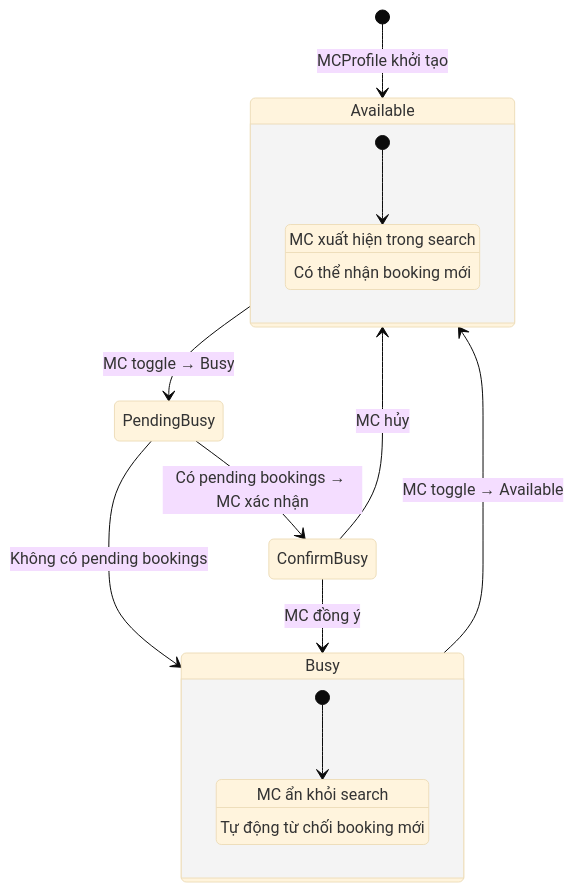
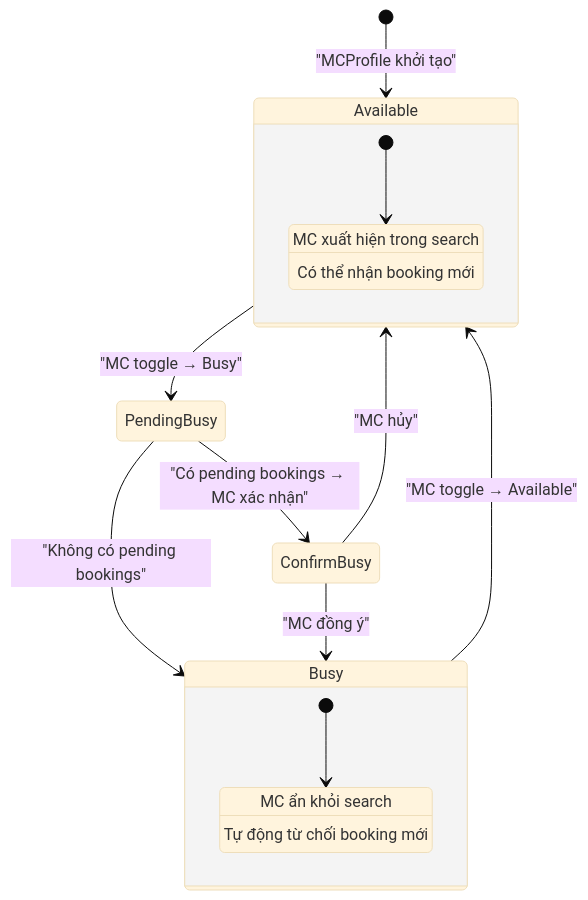
Diagram 23 of 51 in UC_Diagrams.md (dat-21/SWD392), drawn with Mermaid (base theme) before and after one commit. The commit also changed other lines of this file and 2 other files, not shown here.

Commit message:
style: Standardize Mermaid state diagram transition label formatting by adding quotes and a space before the colon.

````diff
--- a/UC_Diagrams.md
+++ b/UC_Diagrams.md
@@ -857,21 +857,21 @@
 ```mermaid
 stateDiagram-v2
-    [*] --> Available: MCProfile khởi tạo
-    Available --> PendingBusy: MC toggle → Busy
-    PendingBusy --> ConfirmBusy: Có pending bookings → MC xác nhận
-    PendingBusy --> Busy: Không có pending bookings
-    ConfirmBusy --> Busy: MC đồng ý
-    ConfirmBusy --> Available: MC hủy
-    Busy --> Available: MC toggle → Available
+    [*] --> Available : "MCProfile khởi tạo"
+    Available --> PendingBusy : "MC toggle → Busy"
+    PendingBusy --> ConfirmBusy : "Có pending bookings → MC xác nhận"
+    PendingBusy --> Busy : "Không có pending bookings"
+    ConfirmBusy --> Busy : "MC đồng ý"
+    ConfirmBusy --> Available : "MC hủy"
+    Busy --> Available : "MC toggle → Available"
 
     state Available {
         [*] --> VisibleInSearch
         VisibleInSearch: MC xuất hiện trong search
         VisibleInSearch: Có thể nhận booking mới
     }
     state Busy {
         [*] --> HiddenFromSearch
         HiddenFromSearch: MC ẩn khỏi search 
         HiddenFromSearch: Tự động từ chối booking mới
     }
 ```
````
